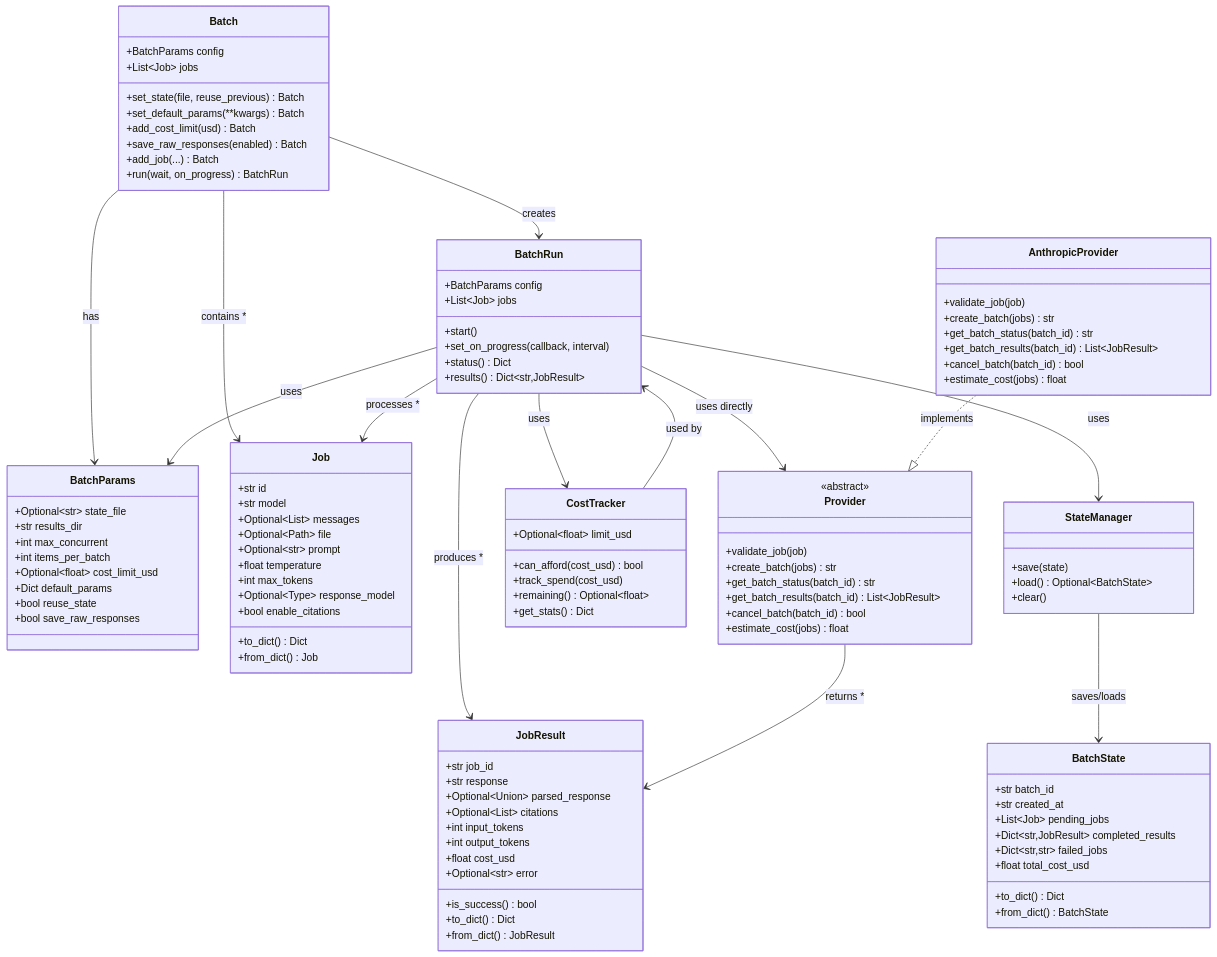
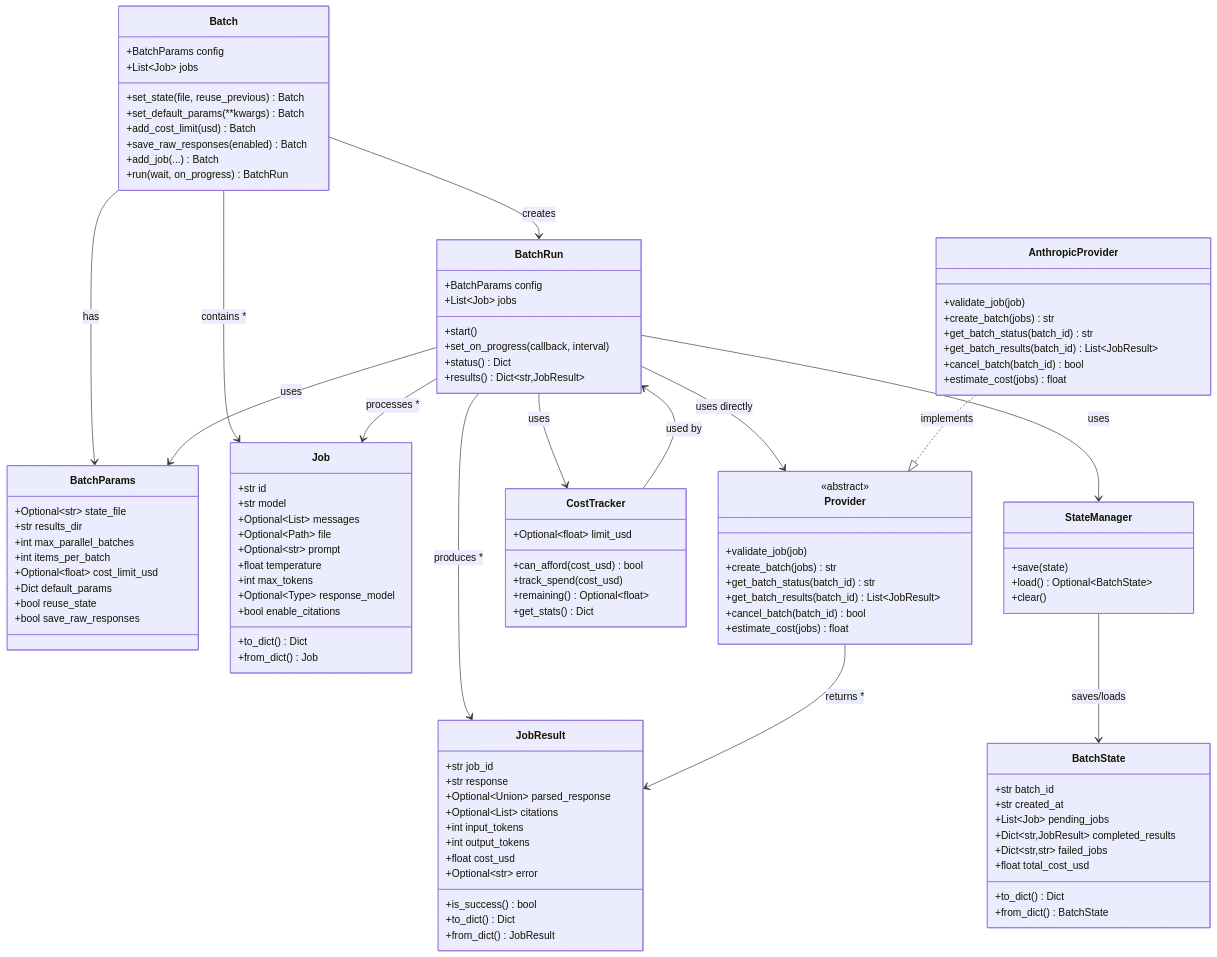
Before and after one commit to agamm/batchata: the diagram in development.md, drawn with Mermaid. The commit also changed 13 other files, not shown here.

Commit message:
max_concurrent -> max_parallel_batches

```diff
--- a/development.md
+++ b/development.md
@@ -18,7 +18,7 @@
     class BatchParams {
         +Optional~str~ state_file
         +str results_dir
-        +int max_concurrent
+        +int max_parallel_batches
         +int items_per_batch
         +Optional~float~ cost_limit_usd
         +Dict default_params
```
